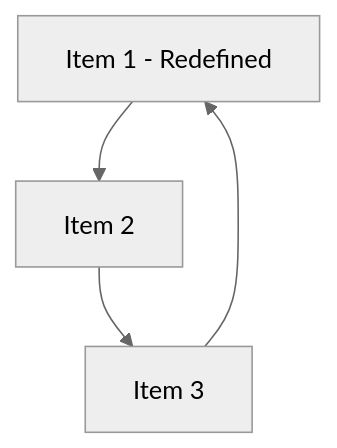
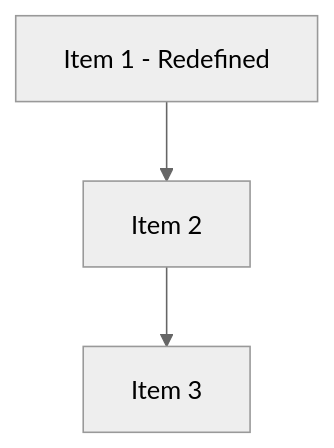
Before and after one commit to CyanAutomation/merm8: the diagram in benchmarks/cases/flowchart/violations/triple-duplicate.mmd, drawn with Mermaid (neutral theme). The commit also changed 5 other files, not shown here.

```diff
--- a/benchmarks/cases/flowchart/violations/triple-duplicate.mmd
+++ b/benchmarks/cases/flowchart/violations/triple-duplicate.mmd
@@ -1,13 +1,12 @@
 graph TD
     A["Item 1 - First Definition"]
     B["Item 2"]
     C["Item 3"]
     
     A --> B
     B --> C
     
     %% Redefine A with a different label (duplicate ID)
     A["Item 1 - Redefined"]
-    C --> A
     
     %% @rule: no-duplicate-node-ids
```
